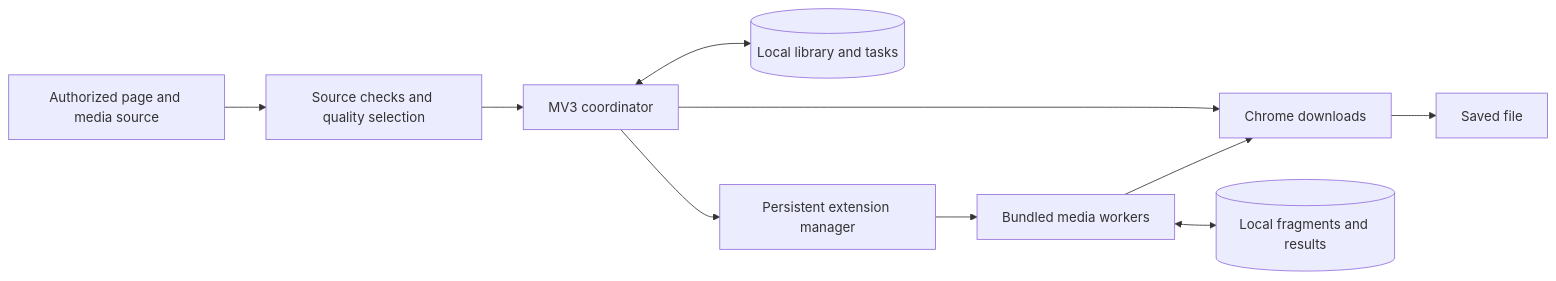
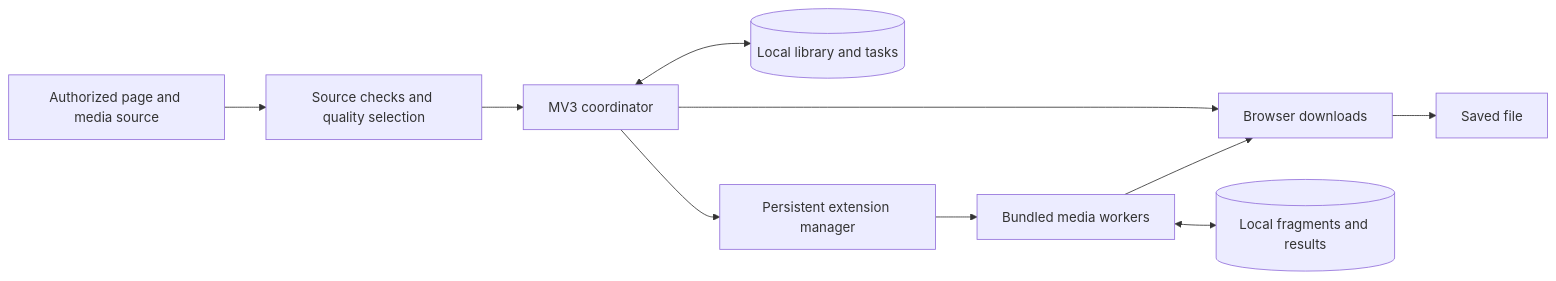
One commit to drslid/Alcydeo changed the diagram in README.md. Above: the diagram before and after it, drawn with Mermaid. The commit also changed other lines of this file and 188 other files, not shown here.

````diff
--- a/README.md
+++ b/README.md
@@ -115,12 +131,12 @@
 ```mermaid
 flowchart LR
   Source[Authorized page and media source] --> Detect[Source checks and quality selection]
   Detect --> SW[MV3 coordinator]
-  SW --> Chrome[Chrome downloads]
+  SW --> Native[Browser downloads]
   SW <--> DB[(Local library and tasks)]
   SW --> Manager[Persistent extension manager]
   Manager --> Worker[Bundled media workers]
   Worker <--> OPFS[(Local fragments and results)]
-  Worker --> Chrome
-  Chrome --> Disk[Saved file]
+  Worker --> Native
+  Native --> Disk[Saved file]
 ```
````
